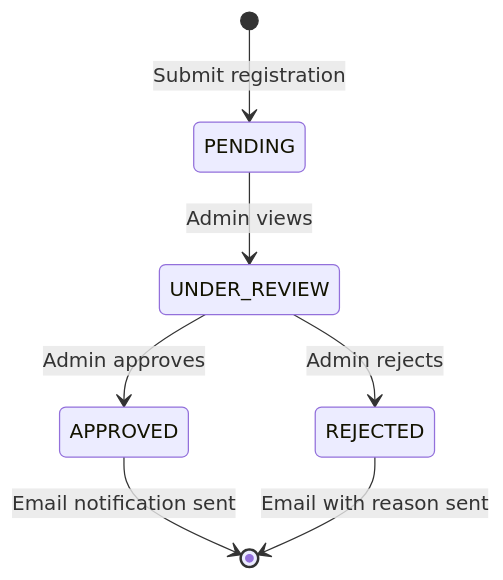
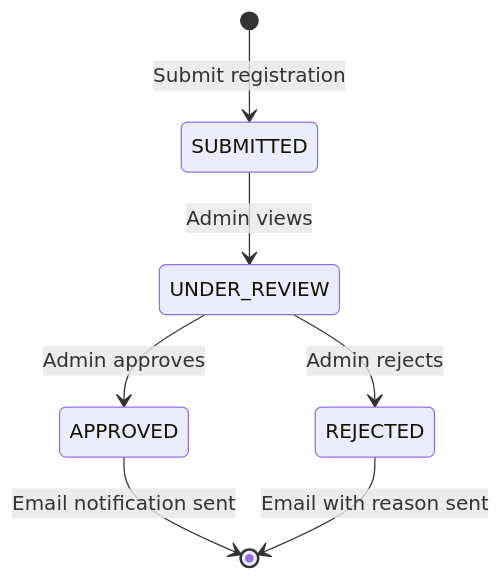
Before and after one commit to Sherllgen/DATN: the fourth of 4 diagrams in evgo/docs/walkthrough-user-module.md, drawn with Mermaid. The commit also changed other lines of this file and 35 other files, not shown here.

````diff
--- a/evgo/docs/walkthrough-user-module.md
+++ b/evgo/docs/walkthrough-user-module.md
@@ -183,9 +219,9 @@
 ```mermaid
 stateDiagram-v2
-    [*] --> PENDING: Submit registration
-    PENDING --> UNDER_REVIEW: Admin views
+    [*] --> SUBMITTED: Submit registration
+    SUBMITTED --> UNDER_REVIEW: Admin views
     UNDER_REVIEW --> APPROVED: Admin approves
     UNDER_REVIEW --> REJECTED: Admin rejects
     APPROVED --> [*]: Email notification sent
     REJECTED --> [*]: Email with reason sent
 ```
````
